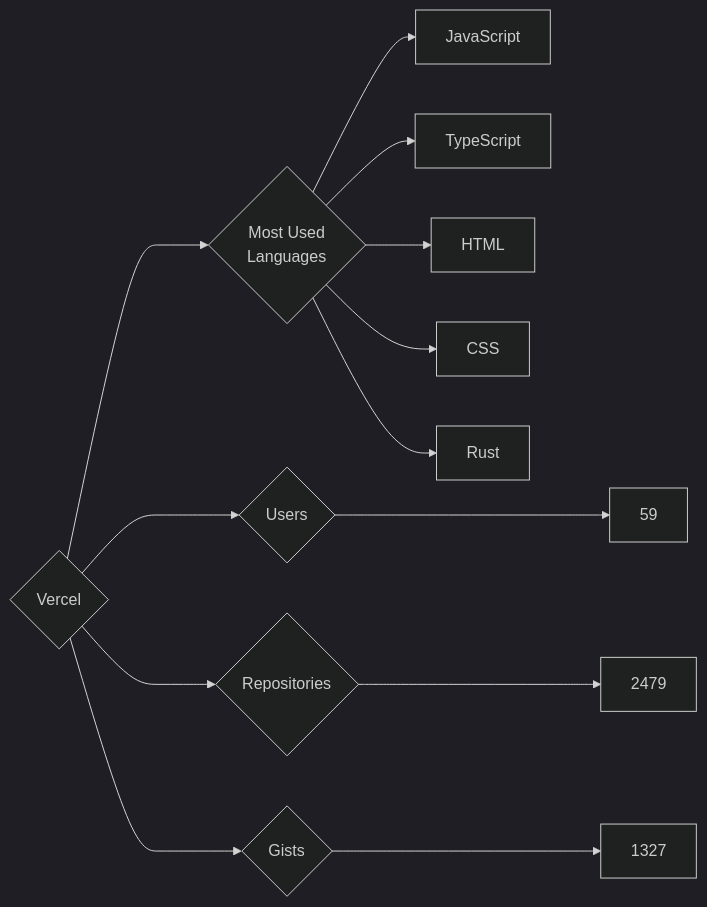
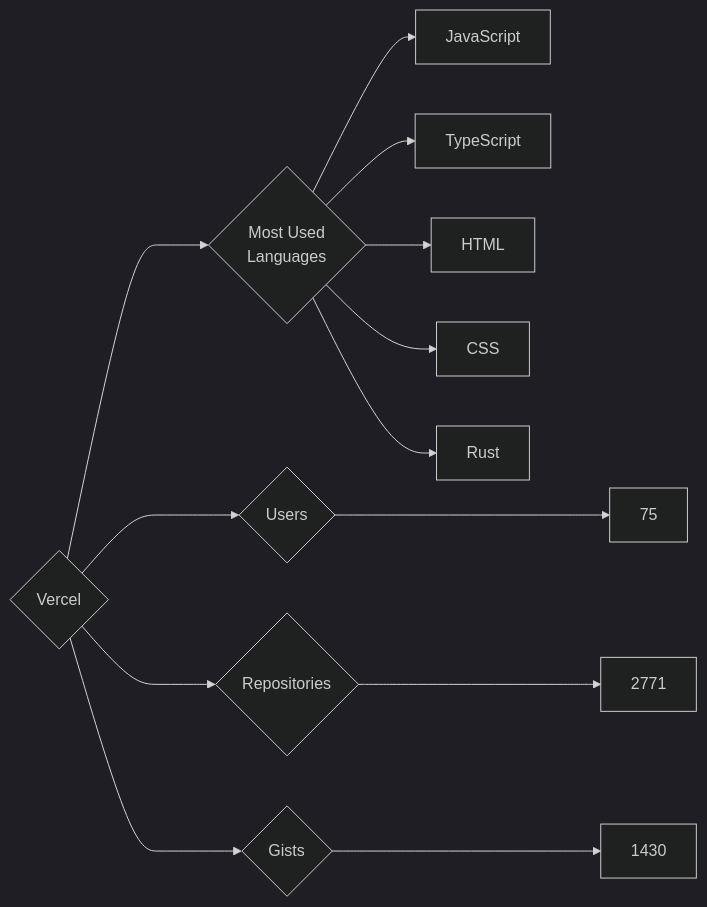
The diagram in targets/Vercel/README.md (trickest/insiders), drawn with Mermaid (dark theme) before and after one commit. The commit also changed 806 other files, not shown here.

````diff
--- a/targets/Vercel/README.md
+++ b/targets/Vercel/README.md
@@ -3,13 +3,13 @@
 ```mermaid
 graph LR
 COMPANY_NAME{Vercel}
-COMPANY_NAME ---> U{Users} ---> UN[59]
-COMPANY_NAME ---> R{Repositories} ---> RN[2479]
-COMPANY_NAME ---> G{Gists} ---> GN[1327]
+COMPANY_NAME ---> U{Users} ---> UN[75]
+COMPANY_NAME ---> R{Repositories} ---> RN[2771]
+COMPANY_NAME ---> G{Gists} ---> GN[1430]
 COMPANY_NAME ---> ML{Most Used<br>Languages}
 ML --> JavaScript[JavaScript]
 ML --> TypeScript[TypeScript]
 ML --> HTML[HTML]
 ML --> CSS[CSS]
 ML --> Rust[Rust]
 ```
````
